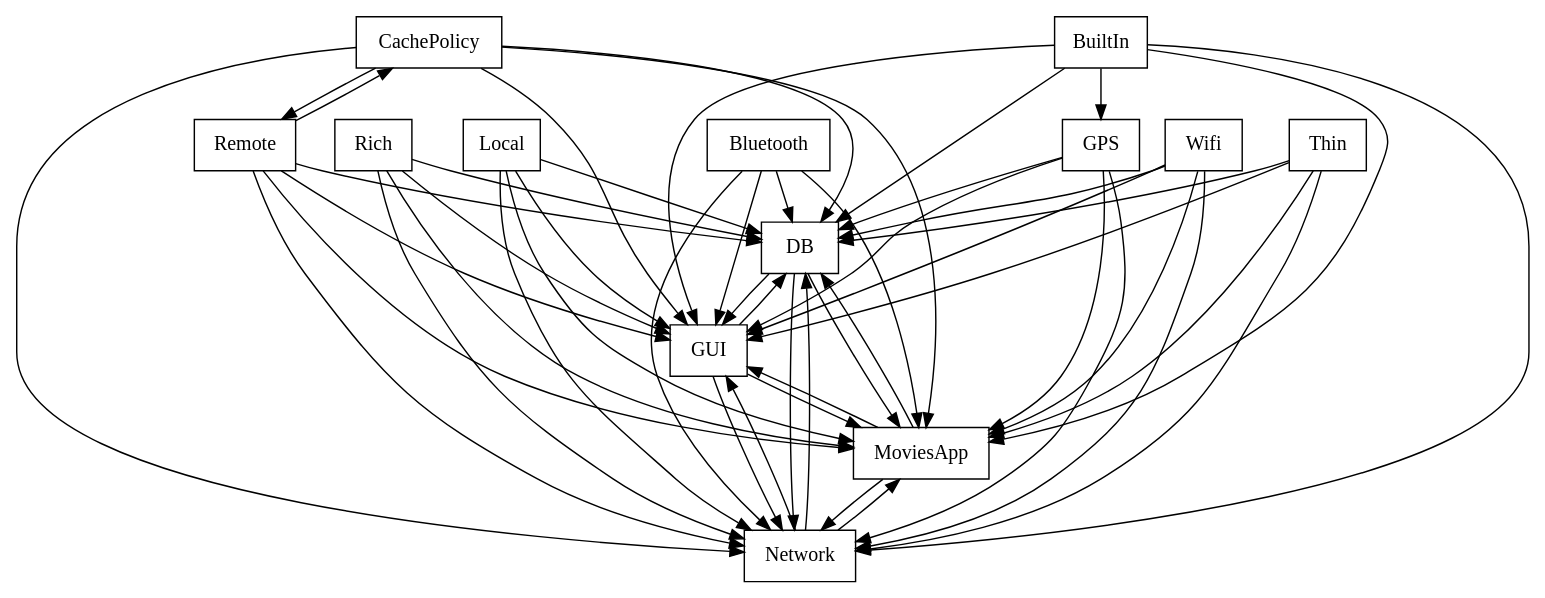
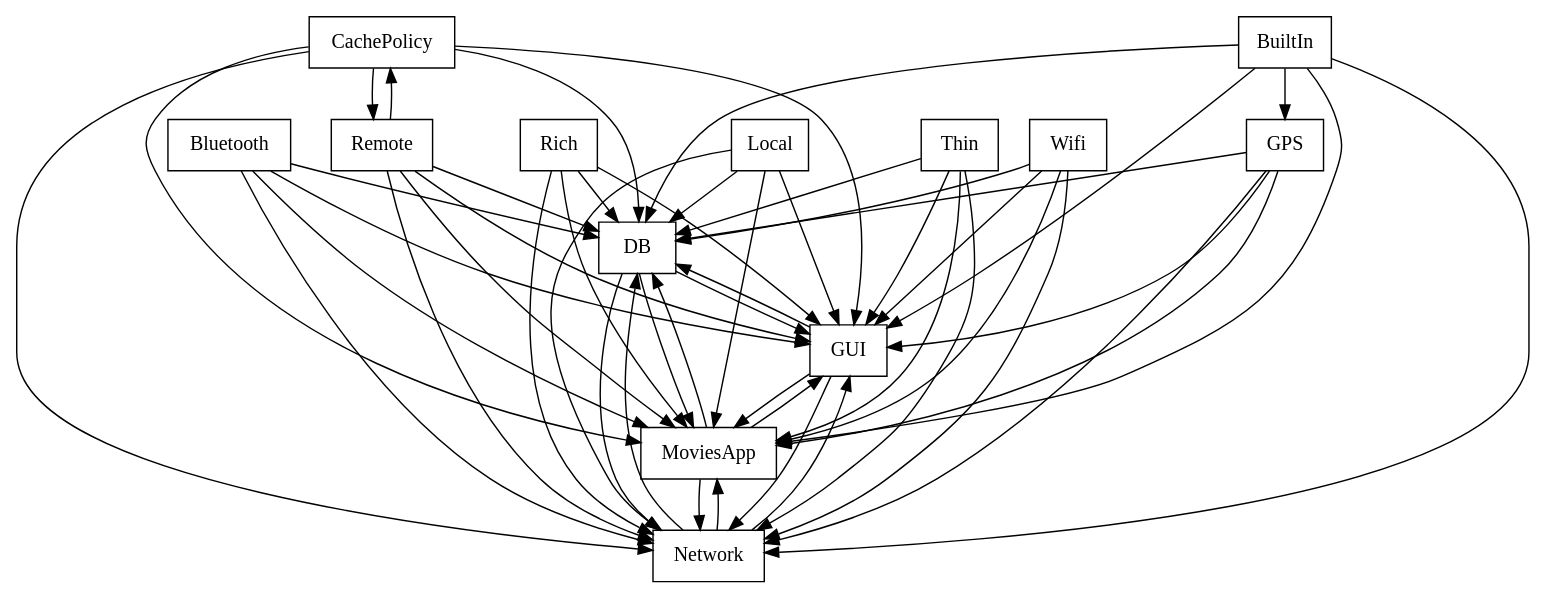
One commit to FAMILIAR-project/familiar-language changed the diagram in FAMILIAR/output/SPLOT-big/fm_185_movies_app_fm.xml.dot. Above: the diagram before and after it, drawn with Graphviz. The commit also changed 172 other files, not shown here.

```diff
--- a/FAMILIAR/output/SPLOT-big/fm_185_movies_app_fm.xml.dot
+++ b/FAMILIAR/output/SPLOT-big/fm_185_movies_app_fm.xml.dot
@@ -1,69 +1,69 @@
 digraph{
 graph [rankdir=TB];
 node [shape=box];
 edge [arrowhead=normal];
 0[label="Local",]
 1[label="Bluetooth",]
 2[label="Rich",]
-3[label="CachePolicy",]
-4[label="DB",]
+3[label="DB",]
+4[label="CachePolicy",]
 5[label="Thin",]
 6[label="GUI",]
 7[label="Network",]
 8[label="Remote",]
 9[label="GPS",]
 10[label="Wifi",]
 11[label="MoviesApp",]
 12[label="BuiltIn",]
-0->4[label="",]
+0->3[label="",]
 0->6[label="",]
 0->7[label="",]
 0->11[label="",]
-1->4[label="",]
+1->3[label="",]
 1->6[label="",]
 1->7[label="",]
 1->11[label="",]
-2->4[label="",]
+2->3[label="",]
 2->6[label="",]
 2->7[label="",]
 2->11[label="",]
-3->4[label="",]
 3->6[label="",]
 3->7[label="",]
-3->8[label="",]
 3->11[label="",]
+4->3[label="",]
 4->6[label="",]
 4->7[label="",]
+4->8[label="",]
 4->11[label="",]
-5->4[label="",]
+5->3[label="",]
 5->6[label="",]
 5->7[label="",]
 5->11[label="",]
-6->4[label="",]
+6->3[label="",]
 6->7[label="",]
 6->11[label="",]
-7->4[label="",]
+7->3[label="",]
 7->6[label="",]
 7->11[label="",]
 8->3[label="",]
 8->4[label="",]
 8->6[label="",]
 8->7[label="",]
 8->11[label="",]
-9->4[label="",]
+9->3[label="",]
 9->6[label="",]
 9->7[label="",]
 9->11[label="",]
-10->4[label="",]
+10->3[label="",]
 10->6[label="",]
 10->7[label="",]
 10->11[label="",]
-11->4[label="",]
+11->3[label="",]
 11->6[label="",]
 11->7[label="",]
-12->4[label="",]
+12->3[label="",]
 12->6[label="",]
 12->7[label="",]
 12->9[label="",]
 12->11[label="",]
 }
```
